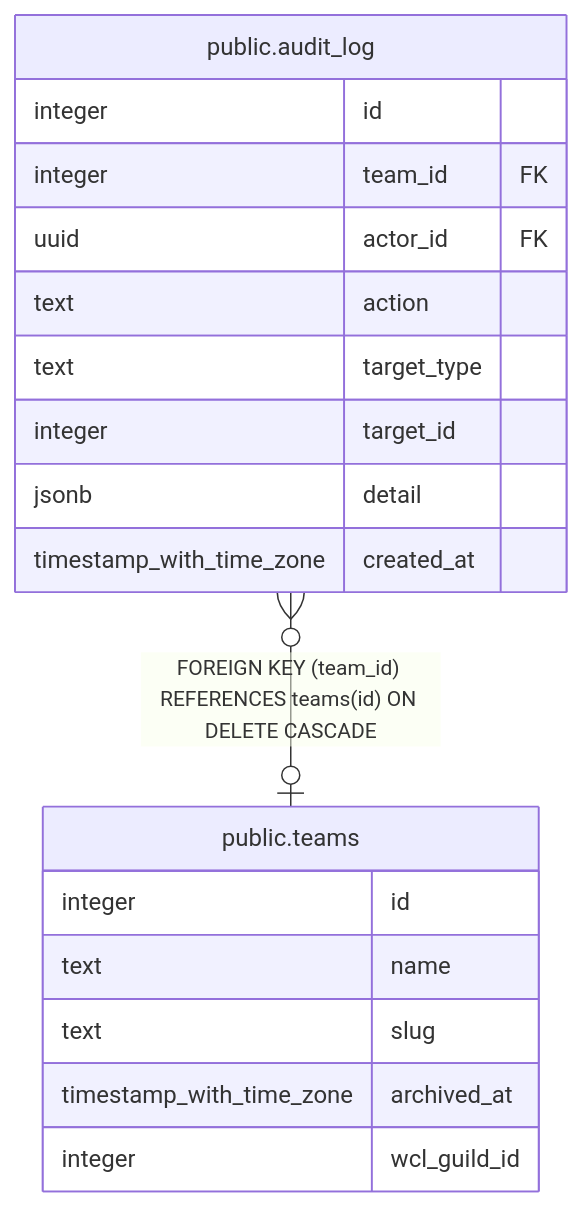
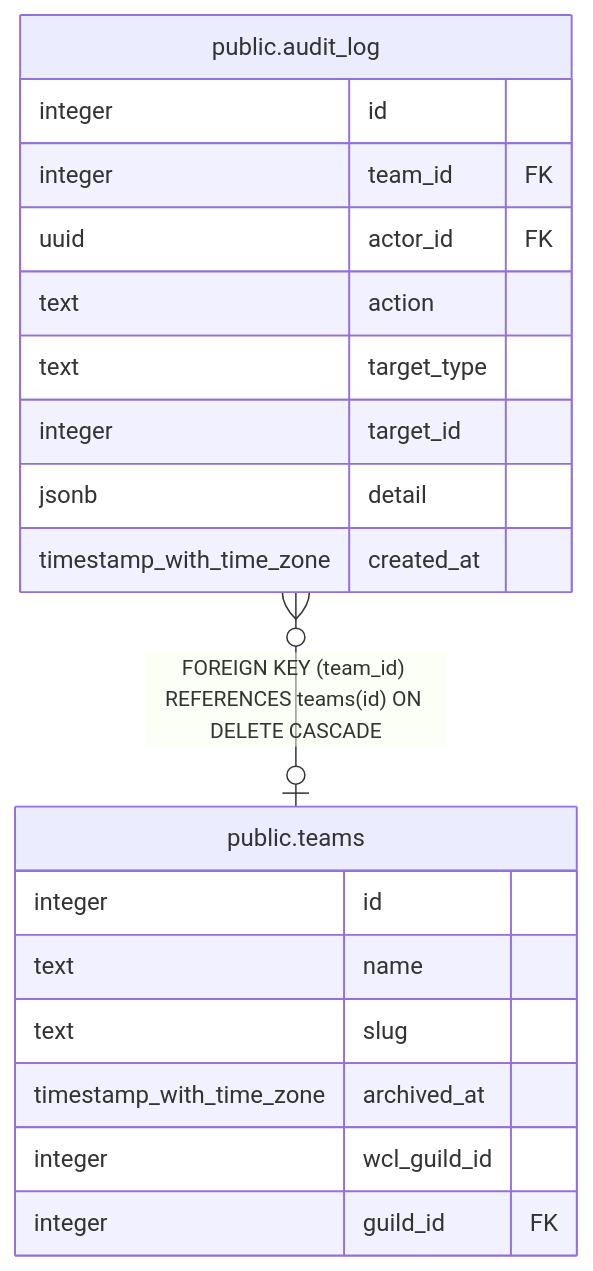
The diagram in dbdoc/public.audit_log.md (katogaming88/WGA-Raid-Hub), drawn with Mermaid before and after one commit. The commit also changed 62 other files, not shown here.

````diff
--- a/dbdoc/public.audit_log.md
+++ b/dbdoc/public.audit_log.md
@@ -32,23 +32,24 @@
 ```mermaid
 erDiagram
 
 "public.audit_log" }o--o| "public.teams" : "FOREIGN KEY (team_id) REFERENCES teams(id) ON DELETE CASCADE"
 
 "public.audit_log" {
   integer id
   integer team_id FK
   uuid actor_id FK
   text action
   text target_type
   integer target_id
   jsonb detail
   timestamp_with_time_zone created_at
 }
 "public.teams" {
   integer id
   text name
   text slug
   timestamp_with_time_zone archived_at
   integer wcl_guild_id
+  integer guild_id FK
 }
 ```
````
